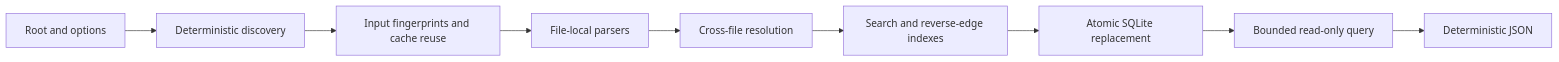
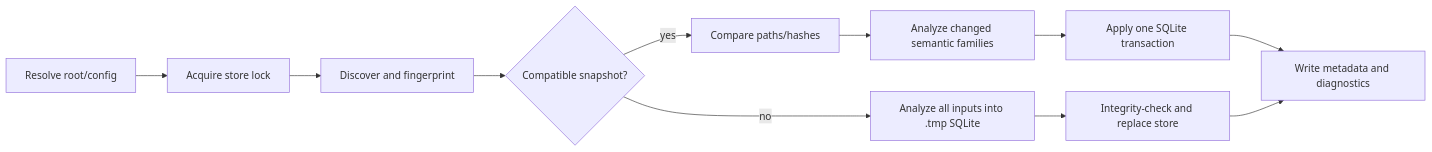
One commit to lanwoodall423/RimContext changed the diagram in docs/architecture.md. Above: the diagram before and after it, drawn with Mermaid. The commit also changed other lines of this file and 15 other files, not shown here.

````diff
--- a/docs/architecture.md
+++ b/docs/architecture.md
@@ -119,11 +92,13 @@
 ```mermaid
 flowchart LR
-    A[Root and options] --> B[Deterministic discovery]
-    B --> C[Input fingerprints and cache reuse]
-    C --> D[File-local parsers]
-    D --> E[Cross-file resolution]
-    E --> F[Search and reverse-edge indexes]
-    F --> G[Atomic SQLite replacement]
-    G --> H[Bounded read-only query]
-    H --> I[Deterministic JSON]
+    A[Resolve root/config] --> B[Acquire store lock]
+    B --> C[Discover and fingerprint]
+    C --> D{Compatible snapshot?}
+    D -- no --> E[Analyze all inputs into .tmp SQLite]
+    D -- yes --> F[Compare paths/hashes]
+    F --> G[Analyze changed semantic families]
+    G --> H[Apply one SQLite transaction]
+    E --> I[Integrity-check and replace store]
+    H --> J[Write metadata and diagnostics]
+    I --> J
 ```
````
